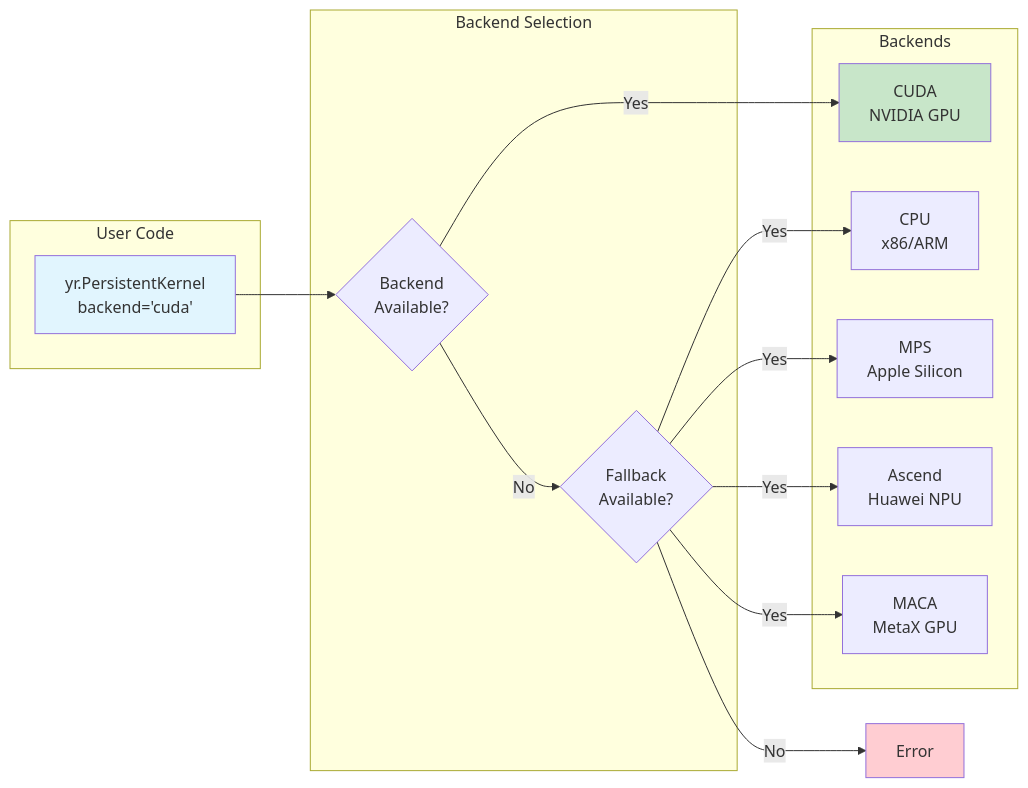
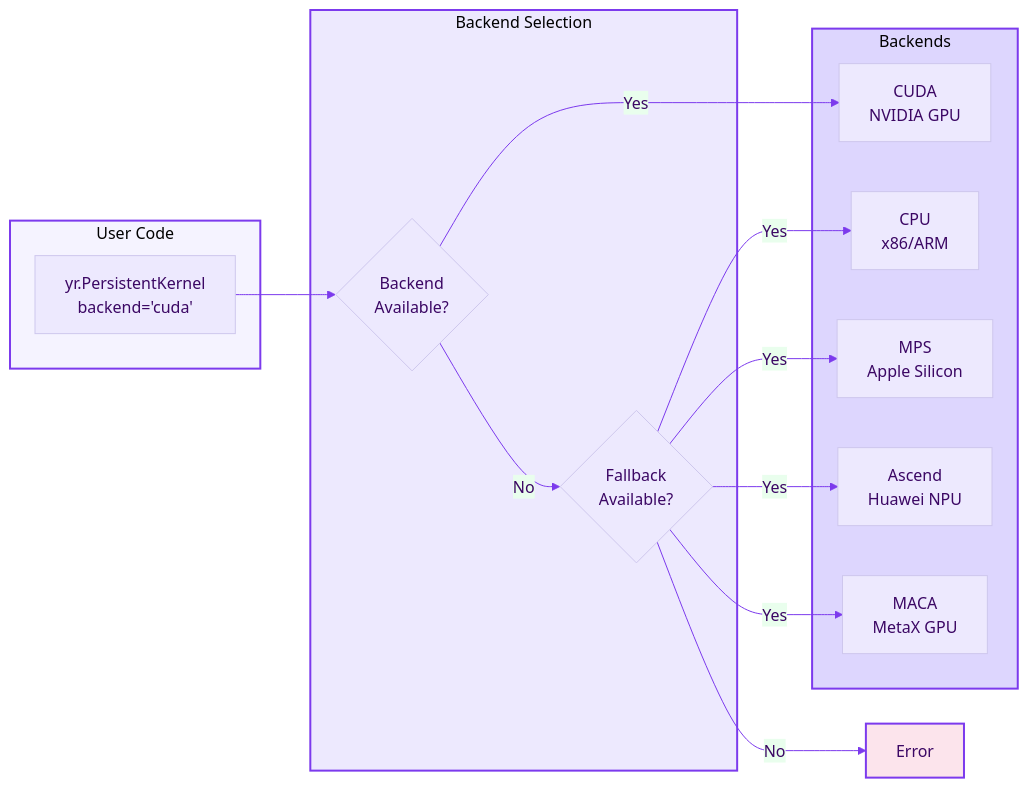
One commit to chenxingqiang/YiRage changed the diagram in docs/ypk/backend_usage.md. Above: the diagram before and after it, drawn with Mermaid. The commit also changed 9 other files, not shown here.

First line of the commit message:
style: unify Mermaid diagrams to minimal purple theme

````diff
--- a/docs/ypk/backend_usage.md
+++ b/docs/ypk/backend_usage.md
@@ -7,29 +7,31 @@
 ```mermaid
+%%{init: {'theme': 'base', 'themeVariables': { 'primaryColor': '#ede9fe', 'primaryTextColor': '#3b0764', 'lineColor': '#7c3aed'}}}%%
 flowchart LR
-    subgraph "User Code"
+    subgraph USER["User Code"]
         A[yr.PersistentKernel<br/>backend='cuda']
     end
 
-    subgraph "Backend Selection"
+    subgraph SELECT["Backend Selection"]
         B{Backend<br/>Available?}
         C{Fallback<br/>Available?}
     end
 
-    subgraph "Backends"
+    subgraph BACKENDS["Backends"]
         D[CUDA<br/>NVIDIA GPU]
         E[CPU<br/>x86/ARM]
         F[MPS<br/>Apple Silicon]
         G[Ascend<br/>Huawei NPU]
         H[MACA<br/>MetaX GPU]
     end
 
     A --> B
     B -->|Yes| D
     B -->|No| C
     C -->|Yes| E & F & G & H
     C -->|No| I[Error]
 
-    style A fill:#e1f5fe
-    style D fill:#c8e6c9
-    style I fill:#ffcdd2
+    style USER fill:#f5f3ff,stroke:#7c3aed,stroke-width:2px
+    style SELECT fill:#ede9fe,stroke:#7c3aed,stroke-width:2px
+    style BACKENDS fill:#ddd6fe,stroke:#7c3aed,stroke-width:2px
+    style I fill:#fce4ec,stroke:#7c3aed,stroke-width:2px
 ```
````
